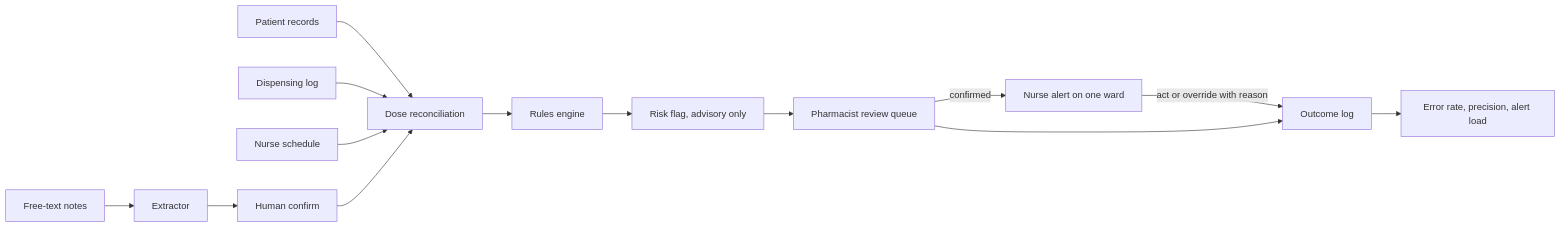
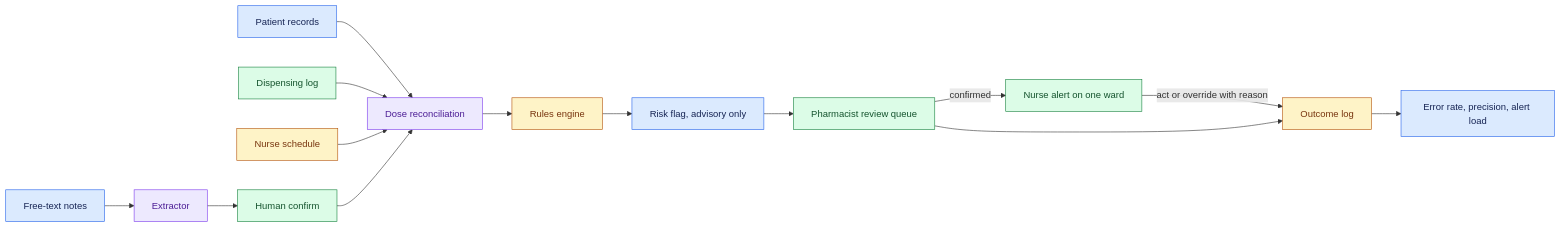
One commit to Sourav692/Forward-Deployed-Engineer-Interview-Prep changed the fourth of 4 diagrams in site/content/modules/15-fde-case-studies/judgement-and-decomposition/decomposition-classics-67-68-69/guide-part-2.md. Above: the diagram before and after it, drawn with Mermaid. The commit also changed other lines of this file and 1268 other files, not shown here.

First line of the commit message:
content: polish Casebook writing and Mermaid diagrams (#251)

````diff
--- a/site/content/modules/15-fde-case-studies/judgement-and-decomposition/decomposition-classics-67-68-69/guide-part-2.md
+++ b/site/content/modules/15-fde-case-studies/judgement-and-decomposition/decomposition-classics-67-68-69/guide-part-2.md
@@ -190,16 +253,26 @@
 ```mermaid
 flowchart LR
   P[Patient records] --> R[Dose reconciliation]
   D[Dispensing log] --> R
   S[Nurse schedule] --> R
   N[Free-text notes] --> X[Extractor]
   X --> H[Human confirm]
   H --> R
   R --> E[Rules engine]
   E --> F[Risk flag, advisory only]
   F --> Q[Pharmacist review queue]
   Q -->|confirmed| A[Nurse alert on one ward]
   A -->|act or override with reason| L[Outcome log]
   Q --> L
   L --> M[Error rate, precision, alert load]
+
+    %% Casebook colours: entry, reasoning, results, controls, and stopped paths.
+    classDef cbInput fill:#dbeafe,stroke:#2563eb,color:#172554
+    class P,N,F,M cbInput
+    classDef cbReason fill:#ede9fe,stroke:#7c3aed,color:#4c1d95
+    class R,X cbReason
+    classDef cbAction fill:#dcfce7,stroke:#15803d,color:#14532d
+    class D,H,Q,A cbAction
+    classDef cbPolicy fill:#fef3c7,stroke:#b45309,color:#78350f
+    class S,E,L cbPolicy
 ```
````
